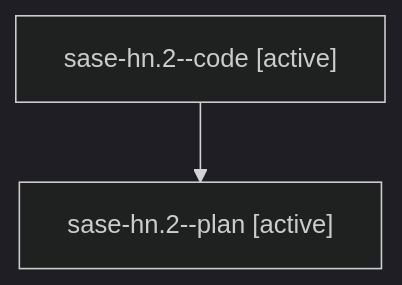
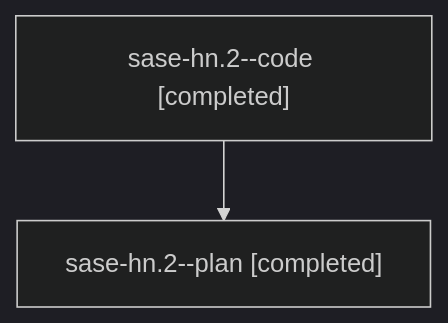
One commit to sase-org/sase--agents changed the diagram in families/bbugyi200.athena.sase-hn.2.md. Above: the diagram before and after it, drawn with Mermaid (dark theme). The commit also changed other lines of this file and 1506 other files, not shown here.

````diff
--- a/families/bbugyi200.athena.sase-hn.2.md
+++ b/families/bbugyi200.athena.sase-hn.2.md
@@ -9,6 +9,6 @@
 ```mermaid
 flowchart TD
-  n0["sase-hn.2--code [active]"]
-  n1["sase-hn.2--plan [active]"]
+  n0["sase-hn.2--code [completed]"]
+  n1["sase-hn.2--plan [completed]"]
   n0 --> n1
 ```
````
